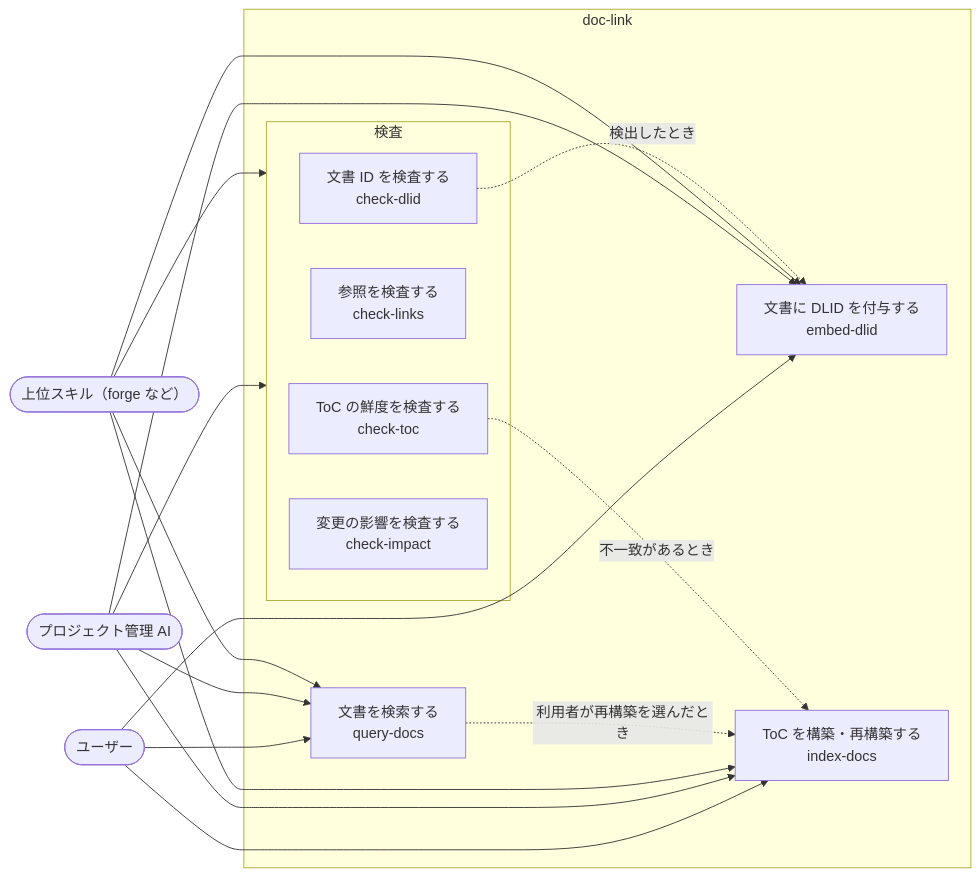
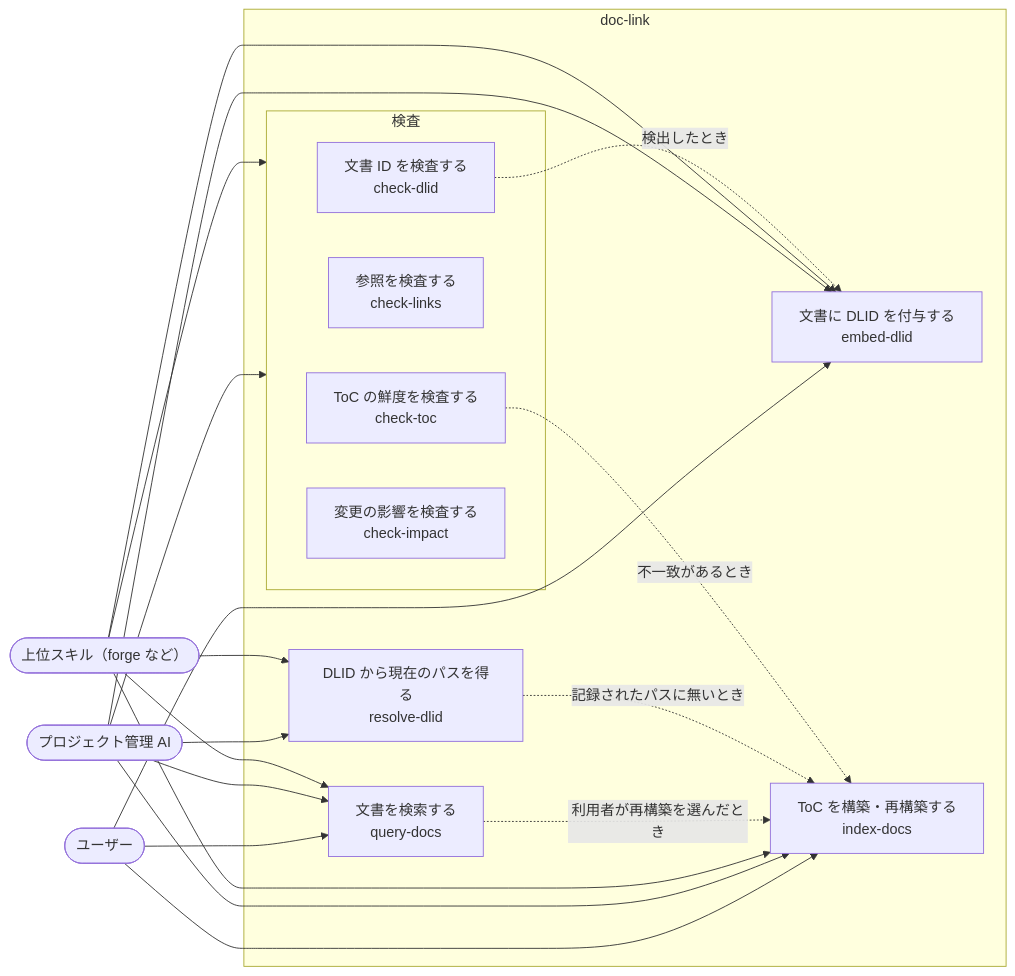
Before and after one commit to BlueEventHorizon/doc-link: the first of 9 diagrams in docs/specs/design/DES-010-skill-composition.md, drawn with Mermaid. The commit also changed other lines of this file and 11 other files, not shown here.

First line of the commit message:
docs: add resolve-dlid to return the current path of a DLID, add its plan task, regenerate specs ToC

````diff
--- a/docs/specs/design/DES-010-skill-composition.md
+++ b/docs/specs/design/DES-010-skill-composition.md
@@ -78,33 +83,37 @@
 ```mermaid
 flowchart LR
     User(["ユーザー"])
     PM(["プロジェクト管理 AI"])
     Caller(["上位スキル（forge など）"])
 
     subgraph DL["doc-link"]
         UC1["文書に DLID を付与する<br>embed-dlid"]
         UC2["ToC を構築・再構築する<br>index-docs"]
         UC3["文書を検索する<br>query-docs"]
+        UC4["DLID から現在のパスを得る<br>resolve-dlid"]
         subgraph CHK["検査"]
             UC5["文書 ID を検査する<br>check-dlid"]
             UC6["参照を検査する<br>check-links"]
             UC7["ToC の鮮度を検査する<br>check-toc"]
             UC8["変更の影響を検査する<br>check-impact"]
         end
     end
 
     User --> UC1
     User --> UC2
     User --> UC3
     PM --> UC1
     PM --> UC2
     PM --> UC3
+    PM --> UC4
     PM --> CHK
     Caller --> UC1
     Caller --> UC2
     Caller --> UC3
+    Caller --> UC4
     Caller --> CHK
     UC3 -. "利用者が再構築を選んだとき" .-> UC2
+    UC4 -. "記録されたパスに無いとき" .-> UC2
     UC5 -. "検出したとき" .-> UC1
     UC7 -. "不一致があるとき" .-> UC2
 ```
````
